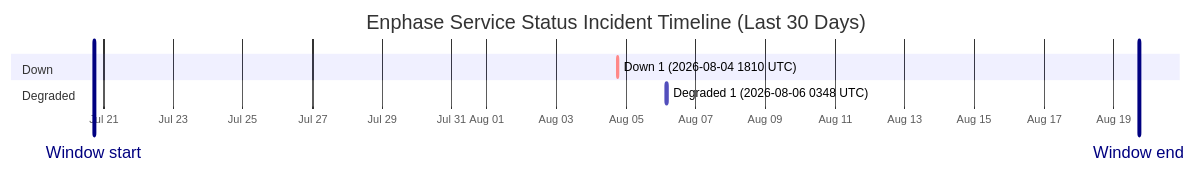
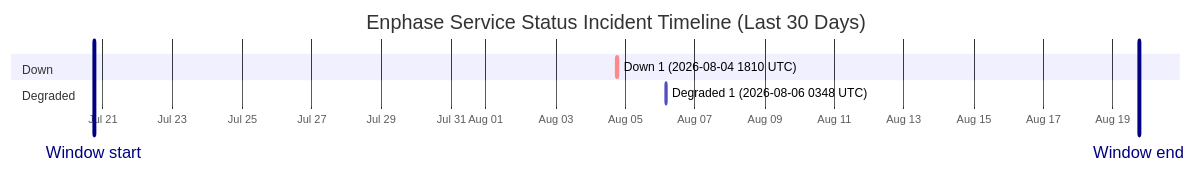
One commit to barneyonline/ha-enphase-energy changed the diagram in wiki/Service-Status-History.md. Above: the diagram before and after it, drawn with Mermaid. The commit also changed other lines of this file and 3 other files, not shown here.

````diff
--- a/wiki/Service-Status-History.md
+++ b/wiki/Service-Status-History.md
@@ -14,12 +14,12 @@
 ```mermaid
 gantt
     title Enphase Service Status Incident Timeline (Last 30 Days)
     dateFormat  YYYY-MM-DDTHH:mm:ss
     axisFormat  %b %d
-    Window start :vert, window-start, 2026-07-20T17:24:29, 0ms
-    Window end :vert, window-end, 2026-08-19T17:24:29, 0ms
+    Window start :vert, window-start, 2026-07-20T17:49:47, 0ms
+    Window end :vert, window-end, 2026-08-19T17:49:47, 0ms
     section Down
     Down 1 (2026-08-04 1810 UTC) :crit, down-1, 2026-08-04T18:10:46, 60m
     section Degraded
     Degraded 1 (2026-08-06 0348 UTC) :active, degraded-1, 2026-08-06T03:48:14, 60m
 ```
````
